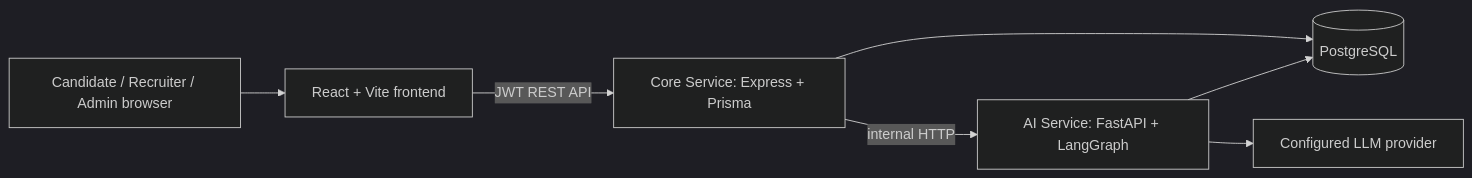
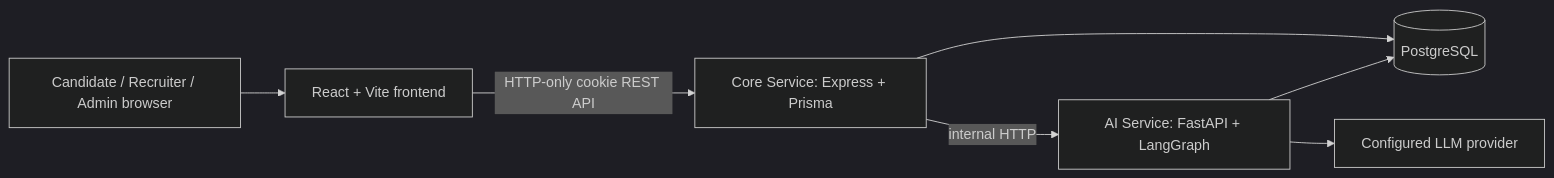
Before and after one commit to tanuj5946/jobfix: the diagram in ARCHITECTURE.md, drawn with Mermaid (dark theme). The commit also changed other lines of this file and 38 other files, not shown here.

````diff
--- a/ARCHITECTURE.md
+++ b/ARCHITECTURE.md
@@ -5,9 +5,9 @@
 ```mermaid
 flowchart LR
   Browser[Candidate / Recruiter / Admin browser] --> Frontend[React + Vite frontend]
-  Frontend -->|JWT REST API| Core[Core Service: Express + Prisma]
+  Frontend -->|HTTP-only cookie REST API| Core[Core Service: Express + Prisma]
   Core --> Database[(PostgreSQL)]
   Core -->|internal HTTP| AI[AI Service: FastAPI + LangGraph]
   AI --> Database
   AI --> LLM[Configured LLM provider]
 ```
````
